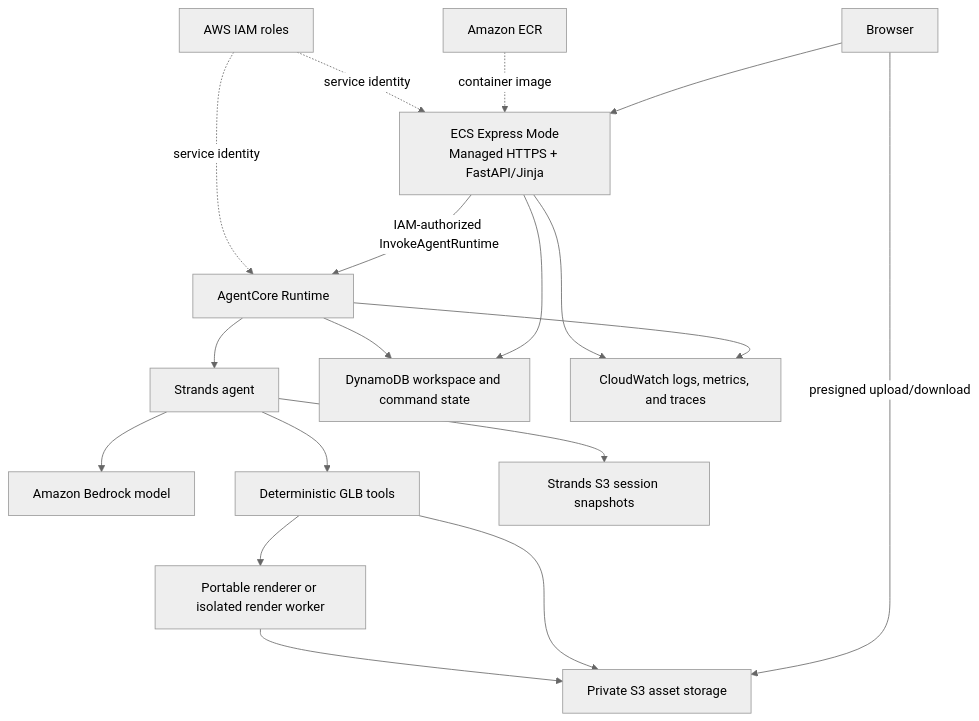
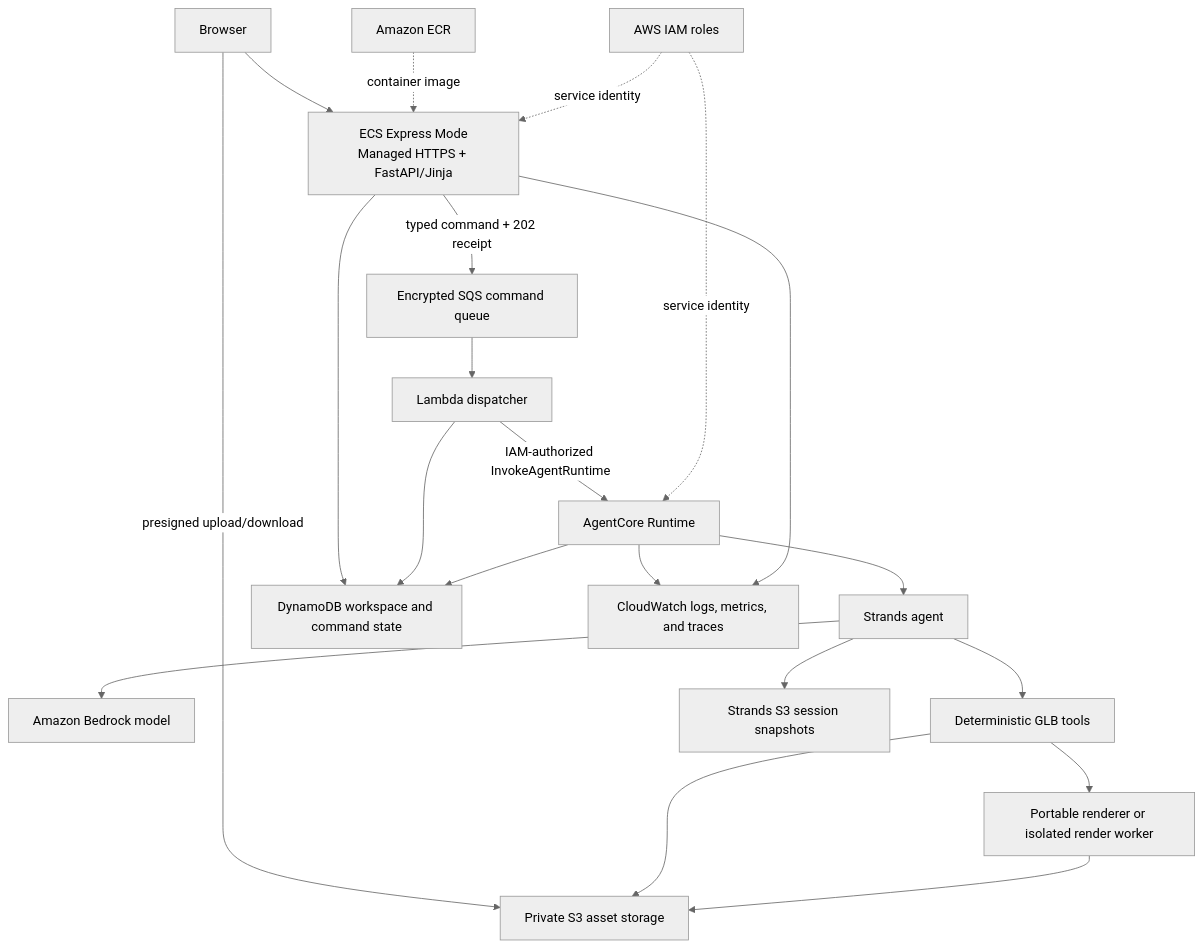
The second of 2 diagrams in docs/BEDROCK_DEPLOYMENT_RUNBOOK.md (jcgennaro/asset-shepherd), drawn with Mermaid (neutral theme) before and after one commit. The commit also changed other lines of this file and 15 other files, not shown here.

Commit message:
Add durable hosted AgentCore dispatch

````diff
--- a/docs/BEDROCK_DEPLOYMENT_RUNBOOK.md
+++ b/docs/BEDROCK_DEPLOYMENT_RUNBOOK.md
@@ -184,20 +184,23 @@
 ```mermaid
 flowchart TD
     B[Browser] --> W[ECS Express Mode<br/>Managed HTTPS + FastAPI/Jinja]
     B -->|presigned upload/download| S3[Private S3 asset storage]
-    W -->|IAM-authorized InvokeAgentRuntime| A[AgentCore Runtime]
+    W -->|typed command + 202 receipt| Q[Encrypted SQS command queue]
+    Q --> L[Lambda dispatcher]
+    L -->|IAM-authorized InvokeAgentRuntime| A[AgentCore Runtime]
     A --> ST[Strands agent]
     ST --> BR[Amazon Bedrock model]
     ST --> T[Deterministic GLB tools]
     T --> S3
     ST --> SS[Strands S3 session snapshots]
     W --> D[DynamoDB workspace and command state]
+    L --> D
     A --> D
     A --> CW[CloudWatch logs, metrics, and traces]
     W --> CW
     T --> R[Portable renderer or isolated render worker]
     R --> S3
     ECR[Amazon ECR] -. container image .-> W
     IAM[AWS IAM roles] -. service identity .-> W
     IAM -. service identity .-> A
 ```
````
